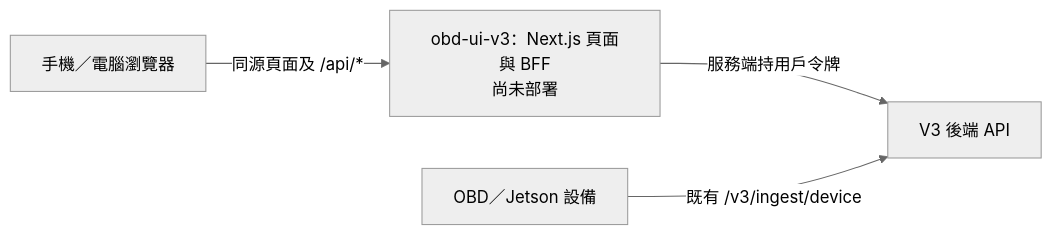
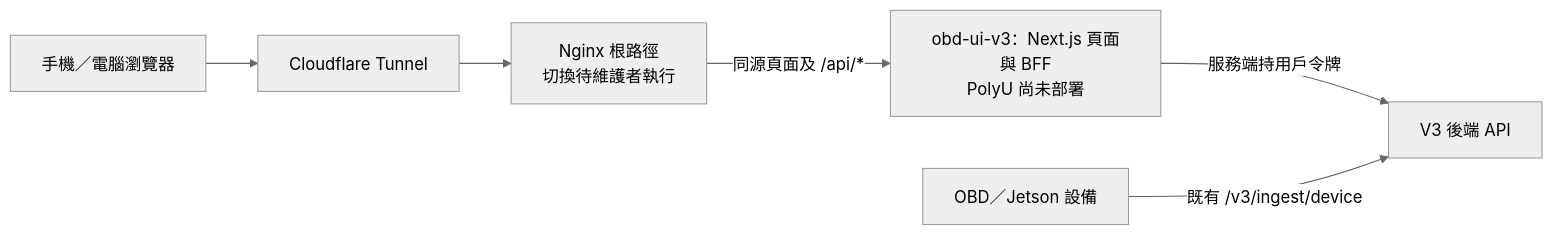
Before and after one commit to qmohsu/stf_ai_diagnosis_platform_v1: the diagram in obd-ui-v3/README.md, drawn with Mermaid (neutral theme). The commit also changed other lines of this file and 23 other files, not shown here.

````diff
--- a/obd-ui-v3/README.md
+++ b/obd-ui-v3/README.md
@@ -15,6 +15,7 @@
 ```mermaid
 flowchart LR
-  U["手機／電腦瀏覽器"] -->|"同源頁面及 /api/*"| F["obd-ui-v3：Next.js 頁面與 BFF<br/>尚未部署"]
+  U["手機／電腦瀏覽器"] --> C["Cloudflare Tunnel"] --> N["Nginx 根路徑<br/>切換待維護者執行"]
+  N -->|"同源頁面及 /api/*"| F["obd-ui-v3：Next.js 頁面與 BFF<br/>PolyU 尚未部署"]
   F -->|"服務端持用戶令牌"| B["V3 後端 API"]
   D["OBD／Jetson 設備"] -->|"既有 /v3/ingest/device"| B
 ```
````
